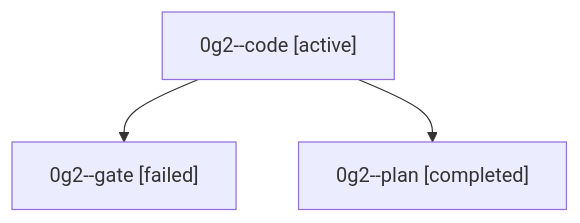
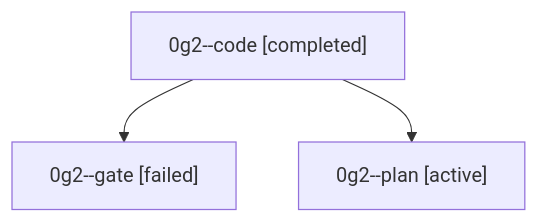
One commit to sase-org/sase--agents changed the diagram in families/bbugyi200.athena.0g2.md. Above: the diagram before and after it, drawn with Mermaid. The commit also changed other lines of this file and 35830 other files, not shown here.

````diff
--- a/families/bbugyi200.athena.0g2.md
+++ b/families/bbugyi200.athena.0g2.md
@@ -9,8 +9,8 @@
 ```mermaid
 flowchart TD
-  n0["0g2--code [active]"]
+  n0["0g2--code [completed]"]
   n1["0g2--gate [failed]"]
   n0 --> n1
-  n2["0g2--plan [completed]"]
+  n2["0g2--plan [active]"]
   n0 --> n2
 ```
````
